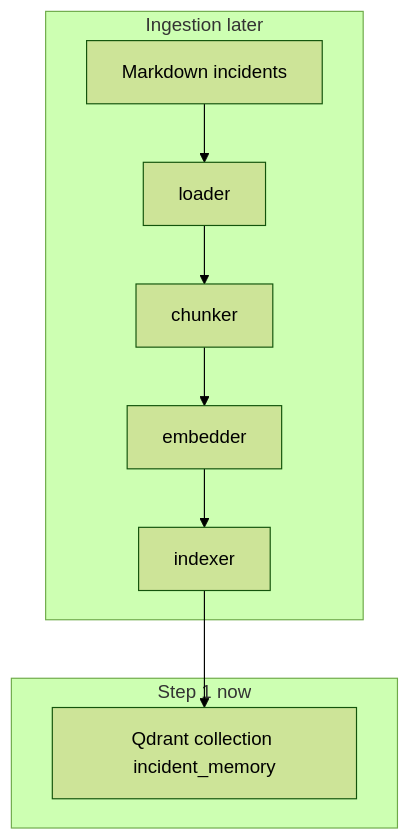
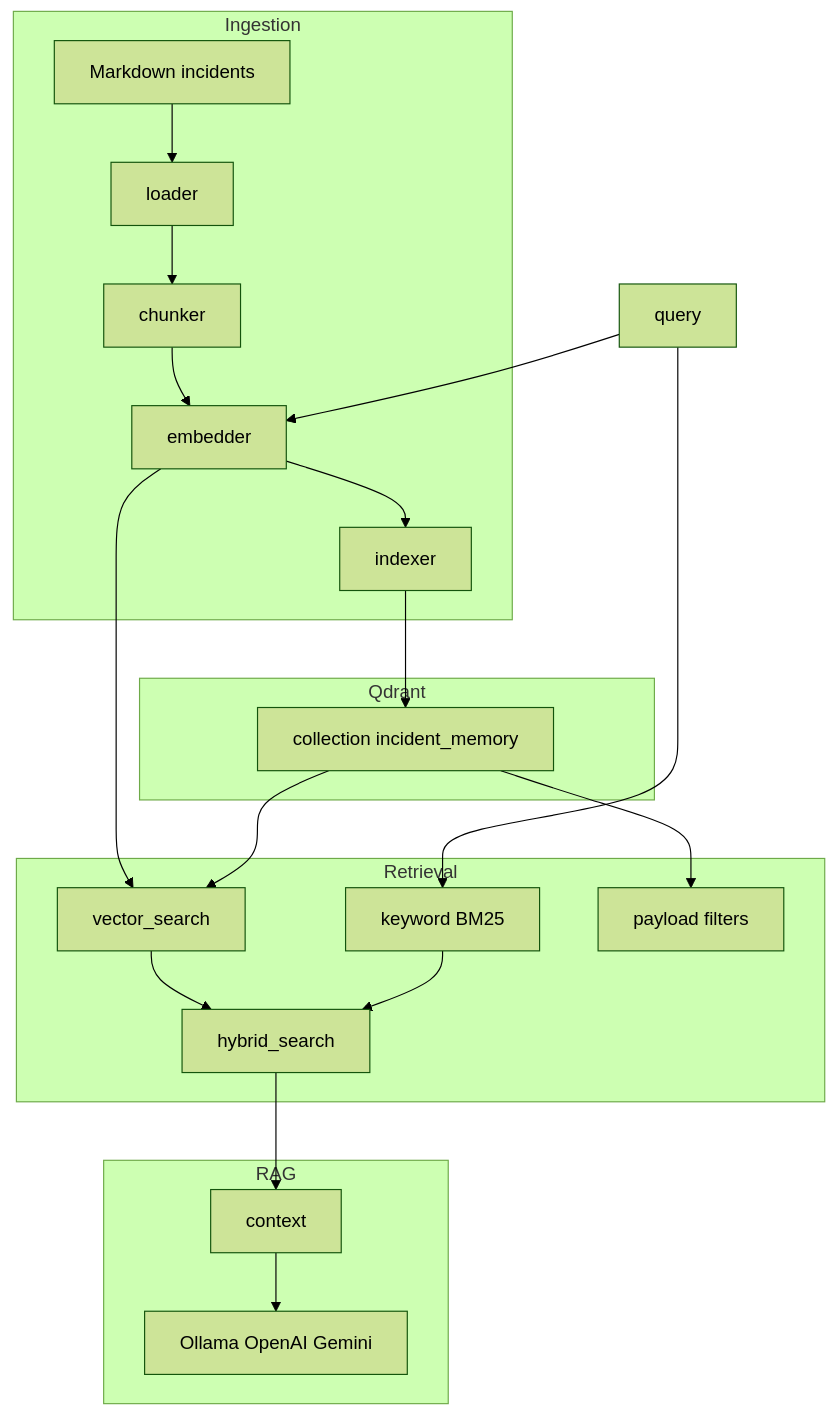
One commit to sumit-dhandale/OpsSense changed the diagram in OpsSense/README.md. Above: the diagram before and after it, drawn with Mermaid (forest theme). The commit also changed other lines of this file and 5 other files, not shown here.

````diff
--- a/OpsSense/README.md
+++ b/OpsSense/README.md
@@ -9,14 +9,32 @@
 ```mermaid
 flowchart TB
-  subgraph ingest [Ingestion later]
+  subgraph ingest [Ingestion]
     MD[Markdown incidents]
     Loader[loader]
     Chunker[chunker]
     Embed[embedder]
     Indexer[indexer]
   end
-  subgraph store [Step 1 now]
-    Col[Qdrant collection incident_memory]
+  subgraph store [Qdrant]
+    Col[collection incident_memory]
+  end
+  subgraph retrieve [Retrieval]
+    Vec[vector_search]
+    Kw[keyword BM25]
+    Hyb[hybrid_search]
+    Filt[payload filters]
+  end
+  subgraph rag [RAG]
+    Ctx[context]
+    LLM[Ollama OpenAI Gemini]
   end
   MD --> Loader --> Chunker --> Embed --> Indexer --> Col
+  Query[query] --> Embed
+  Query --> Kw
+  Embed --> Vec
+  Col --> Vec
+  Col --> Filt
+  Vec --> Hyb
+  Kw --> Hyb
+  Hyb --> Ctx --> LLM
 ```
````
